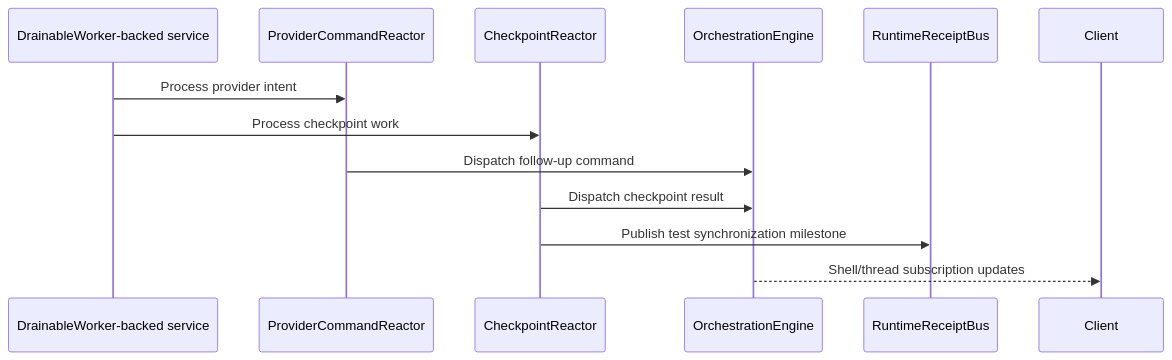
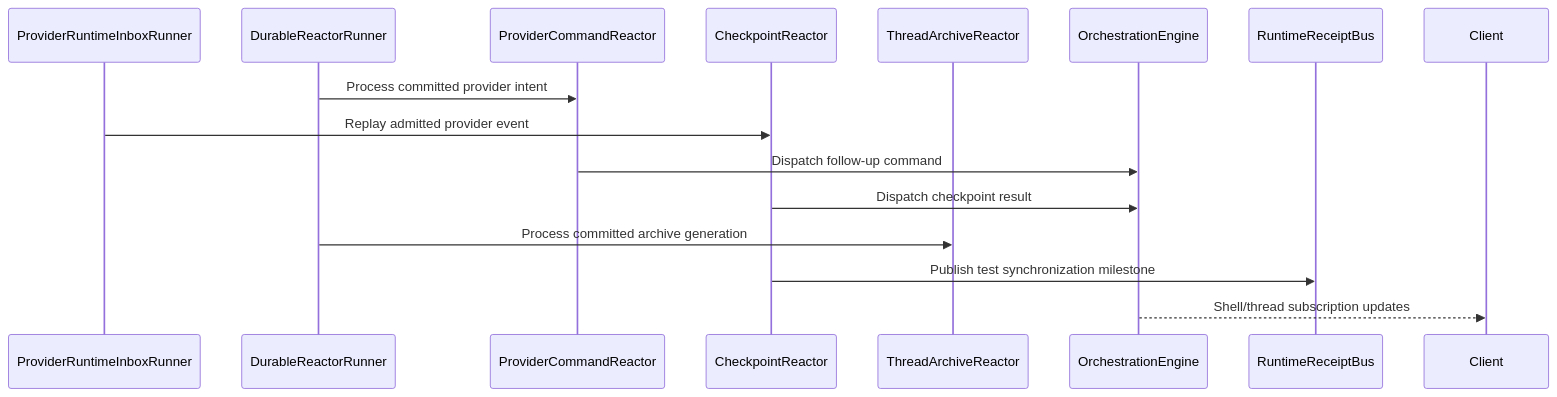
Before and after one commit to ggfincke/456code: the fourth of 4 diagrams in docs/architecture/overview.md, drawn with Mermaid. The commit also changed other lines of this file and 35 other files, not shown here.

Commit message:
chore: close out architecture release tooling and docs

````diff
--- a/docs/architecture/overview.md
+++ b/docs/architecture/overview.md
@@ -118,16 +140,19 @@
 ```mermaid
 sequenceDiagram
-    participant Worker as DrainableWorker-backed service
+    participant Inbox as ProviderRuntimeInboxRunner
+    participant Delivery as DurableReactorRunner
     participant Command as ProviderCommandReactor
     participant Checkpoint as CheckpointReactor
+    participant Archive as ThreadArchiveReactor
     participant Engine as OrchestrationEngine
     participant Receipt as RuntimeReceiptBus
     participant Client
 
-    Worker->>Command: Process provider intent
-    Worker->>Checkpoint: Process checkpoint work
+    Delivery->>Command: Process committed provider intent
+    Inbox->>Checkpoint: Replay admitted provider event
     Command->>Engine: Dispatch follow-up command
     Checkpoint->>Engine: Dispatch checkpoint result
+    Delivery->>Archive: Process committed archive generation
     Checkpoint->>Receipt: Publish test synchronization milestone
     Engine-->>Client: Shell/thread subscription updates
 ```
````
